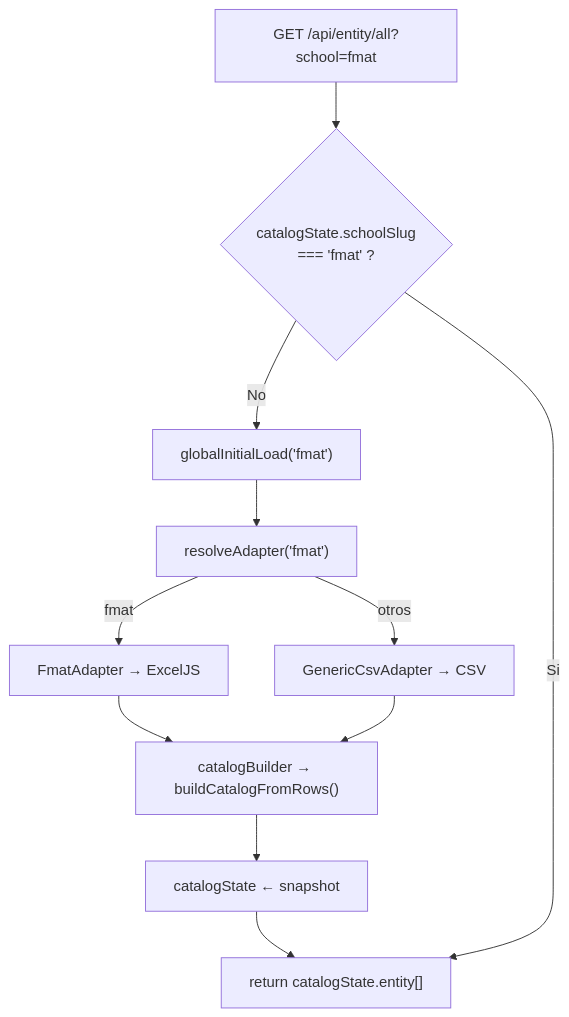
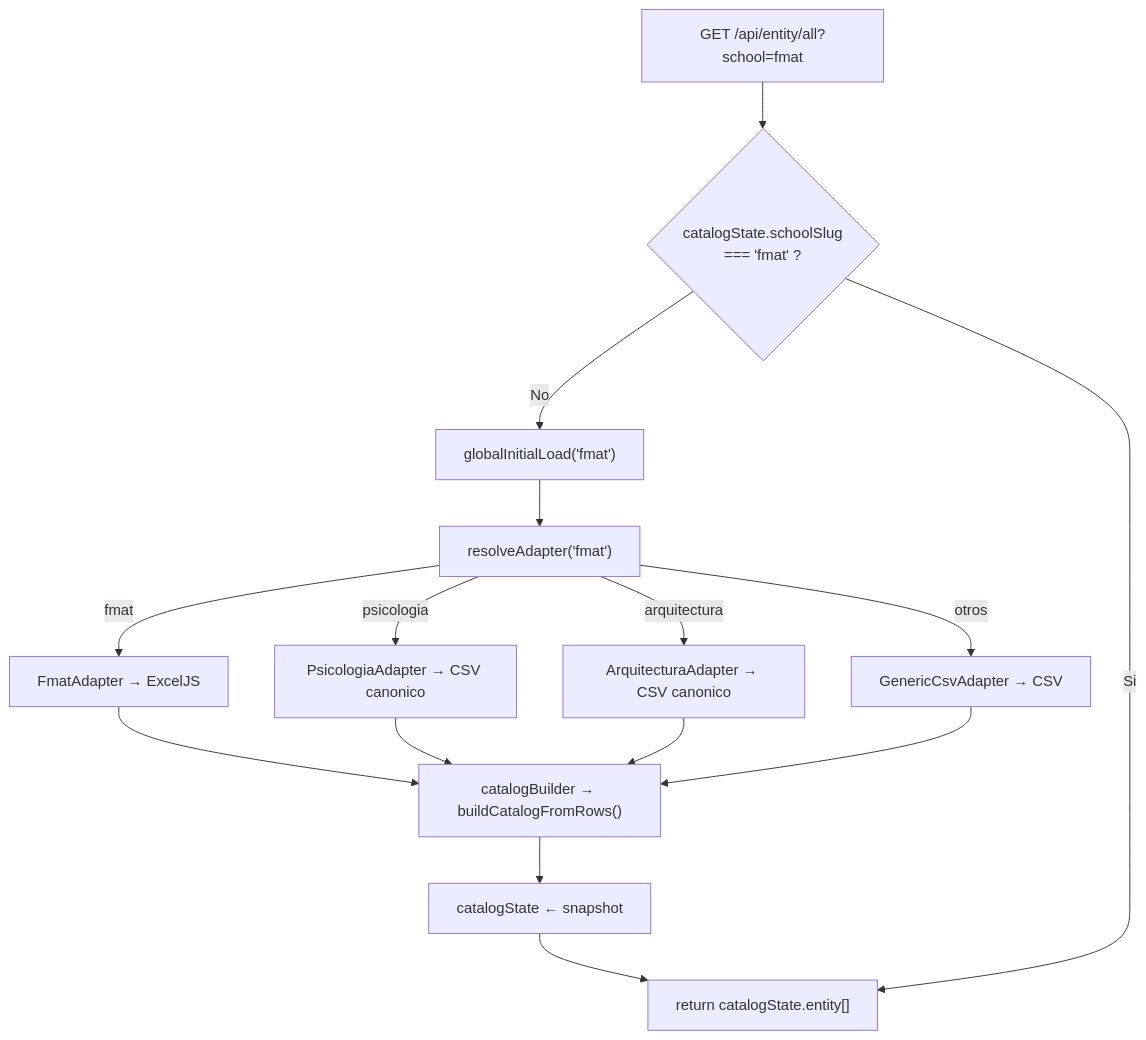
One commit to KiinMx/Kiin changed diagram 20 of 22 in docs/architecture.md. Above: the diagram before and after it, drawn with Mermaid. The commit also changed other lines of this file, not shown here.

Commit message:
docs: update architecture

````diff
--- a/docs/architecture.md
+++ b/docs/architecture.md
@@ -734,13 +755,17 @@
 ```mermaid
 flowchart TD
     Req["GET /api/entity/all?school=fmat"] --> Check{"catalogState.schoolSlug<br/>=== 'fmat' ?"}
     Check -->|"No"| GIL["globalInitialLoad('fmat')"]
     GIL --> Factory["resolveAdapter('fmat')"]
     Factory -->|"fmat"| Fmat["FmatAdapter → ExcelJS"]
+    Factory -->|"psicologia"| Psi["PsicologiaAdapter → CSV canonico"]
+    Factory -->|"arquitectura"| Arq["ArquitecturaAdapter → CSV canonico"]
     Factory -->|"otros"| Gen["GenericCsvAdapter → CSV"]
     Fmat --> Build["catalogBuilder → buildCatalogFromRows()"]
+    Psi --> Build
+    Arq --> Build
     Gen --> Build
     Build --> Set["catalogState ← snapshot"]
     Set --> Return
     Check -->|"Si"| Return["return catalogState.entity[]"]
 ```
````
